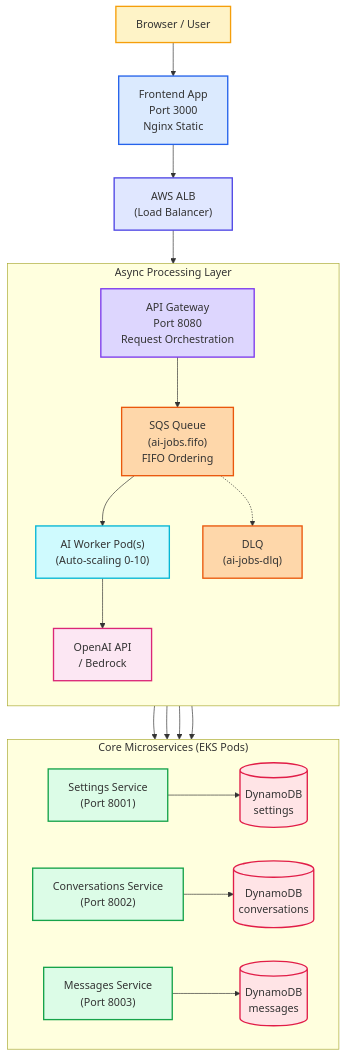
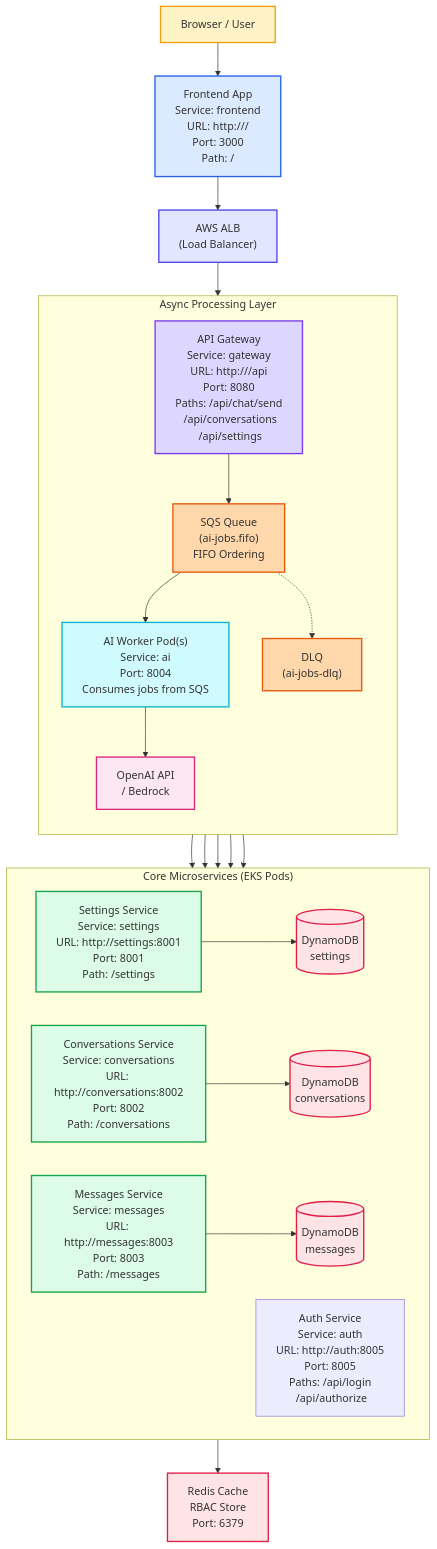
Before and after one commit to ybhandarims/llm-chatbot: the first of 3 diagrams in microservices/README.md, drawn with Mermaid. The commit also changed other lines of this file and 40 other files, not shown here.

````diff
--- a/microservices/README.md
+++ b/microservices/README.md
@@ -135,50 +135,53 @@
 ```mermaid
 flowchart TB
-	U[Browser / User] --> FE[Frontend App<br/>Port 3000<br/>Nginx Static]
+	U[Browser / User] --> FE[Frontend App<br/>Service: frontend<br/>URL: http://<ALB_HOSTNAME>/<br/>Port: 3000<br/>Path: /]
 	FE --> ALB["AWS ALB<br/>(Load Balancer)"]
-	ALB --> GW["API Gateway<br/>Port 8080<br/>Request Orchestration"]
+	ALB --> GW["API Gateway<br/>Service: gateway<br/>URL: http://<ALB_HOSTNAME>/api<br/>Port: 8080<br/>Paths: /api/chat/send<br/>&nbsp;/api/conversations<br/>&nbsp;/api/settings"]
 
 	subgraph Services["Core Microservices (EKS Pods)"]
 		direction LR
-		SET["Settings Service<br/>(Port 8001)"]
-		CON["Conversations Service<br/>(Port 8002)"]
-		MSG["Messages Service<br/>(Port 8003)"]
+		SET["Settings Service<br/>Service: settings<br/>URL: http://settings:8001<br/>Port: 8001<br/>Path: /settings"]
+		CON["Conversations Service<br/>Service: conversations<br/>URL: http://conversations:8002<br/>Port: 8002<br/>Path: /conversations"]
+		MSG["Messages Service<br/>Service: messages<br/>URL: http://messages:8003<br/>Port: 8003<br/>Path: /messages"]
+		AUTH["Auth Service<br/>Service: auth<br/>URL: http://auth:8005<br/>Port: 8005<br/>Paths: /api/login<br/>&nbsp;/api/authorize"]
 		
 		SET --> DDB1[("DynamoDB<br/>settings")]
 		CON --> DDB2[("DynamoDB<br/>conversations")]
 		MSG --> DDB3[("DynamoDB<br/>messages")]
 	end
 
+	GW --> AUTH
 	GW --> SET
 	GW --> CON
 	GW --> MSG
+	AUTH --> REDIS["Redis Cache<br/>RBAC Store<br/>Port: 6379"]
 	
 	subgraph Async["Async Processing Layer"]
 		direction TB
 		GW --> SQS["SQS Queue<br/>(ai-jobs.fifo)<br/>FIFO Ordering"]
-		SQS --> WORKER["AI Worker Pod(s)<br/>(Auto-scaling 0-10)"]
+		SQS --> WORKER["AI Worker Pod(s)<br/>Service: ai<br/>Port: 8004<br/>Consumes jobs from SQS"]
 		WORKER --> OPENAI["OpenAI API<br/>/ Bedrock"]
 		WORKER --> DDB3
 		SQS -.-> DLQ["DLQ<br/>(ai-jobs-dlq)"]
 	end
 	
 	classDef user fill:#fef3c7,stroke:#f59e0b,stroke-width:2px;
 	classDef frontend fill:#dbeafe,stroke:#2563eb,stroke-width:2px;
 	classDef lb fill:#e0e7ff,stroke:#4f46e5,stroke-width:2px;
 	classDef gateway fill:#ddd6fe,stroke:#7c3aed,stroke-width:2px;
 	classDef service fill:#dcfce7,stroke:#16a34a,stroke-width:2px;
 	classDef db fill:#ffe4e6,stroke:#e11d48,stroke-width:2px;
 	classDef queue fill:#fed7aa,stroke:#ea580c,stroke-width:2px;
 	classDef worker fill:#cffafe,stroke:#06b6d4,stroke-width:2px;
 	classDef api fill:#fce7f3,stroke:#db2777,stroke-width:2px;
 
 	class U user
 	class FE frontend
 	class ALB lb
 	class GW gateway
 	class SET,CON,MSG service
-	class DDB1,DDB2,DDB3 db
+	class DDB1,DDB2,DDB3,REDIS db
 	class SQS,DLQ queue
 	class WORKER worker
 	class OPENAI api
 ```
````
